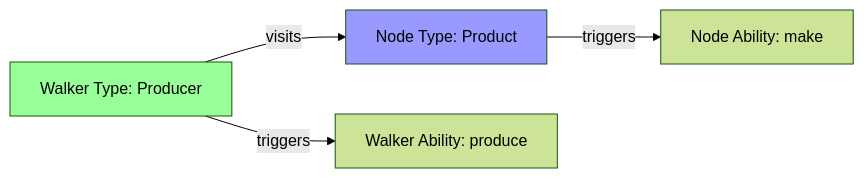
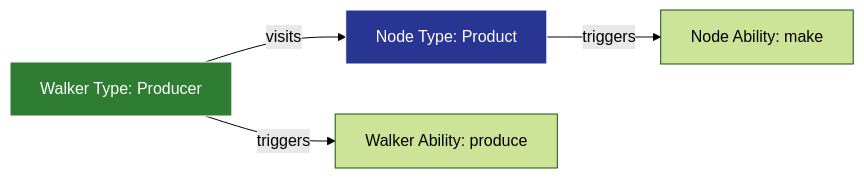
The second of 2 diagrams in jac/examples/reference/object_spatial_typed_context_blocks.md (specialized806/jaseci), drawn with Mermaid (forest theme) before and after one commit. The commit also changed 13 other files, not shown here.

Commit message:
imporve spec diagram styles

````diff
--- a/jac/examples/reference/object_spatial_typed_context_blocks.md
+++ b/jac/examples/reference/object_spatial_typed_context_blocks.md
@@ -93,9 +93,9 @@
 ```mermaid
 graph LR
     W[Walker Type: Producer] -->|visits| N[Node Type: Product]
     W -->|triggers| WA[Walker Ability: produce]
     N -->|triggers| NA[Node Ability: make]
 
-    style W fill:#9f9
-    style N fill:#99f
+    style W fill:#2e7d32,stroke:#fff,color:#fff
+    style N fill:#283593,stroke:#fff,color:#fff
 ```
````
